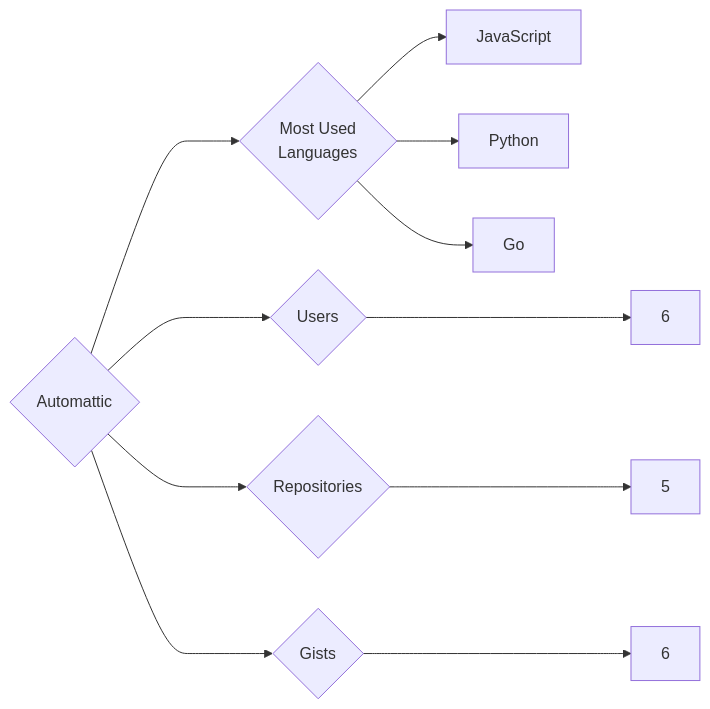
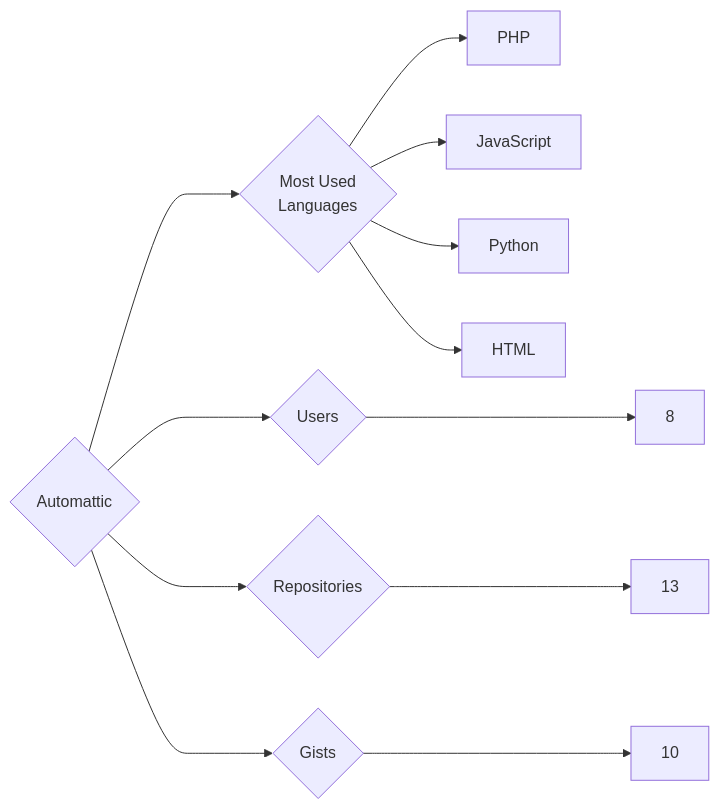
One commit to trickest/insiders changed the diagram in targets/Automattic/README.md. Above: the diagram before and after it, drawn with Mermaid. The commit also changed 1092 other files, not shown here.

````diff
--- a/targets/Automattic/README.md
+++ b/targets/Automattic/README.md
@@ -3,11 +3,12 @@
 ```mermaid
 graph LR
 COMPANY_NAME{Automattic}
-COMPANY_NAME ---> U{Users} ---> UN[6]
-COMPANY_NAME ---> R{Repositories} ---> RN[5]
-COMPANY_NAME ---> G{Gists} ---> GN[6]
+COMPANY_NAME ---> U{Users} ---> UN[8]
+COMPANY_NAME ---> R{Repositories} ---> RN[13]
+COMPANY_NAME ---> G{Gists} ---> GN[10]
 COMPANY_NAME ---> ML{Most Used<br>Languages}
+ML --> PHP[PHP]
 ML --> JavaScript[JavaScript]
 ML --> Python[Python]
-ML --> Go[Go]
+ML --> HTML[HTML]
 ```
````
